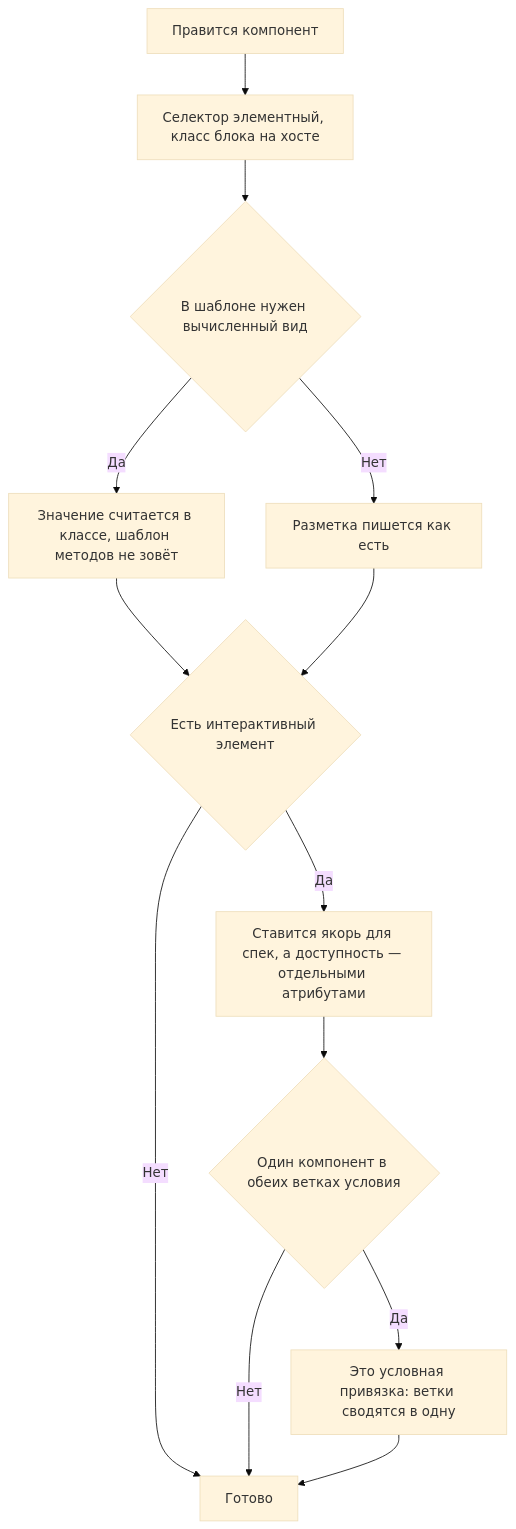
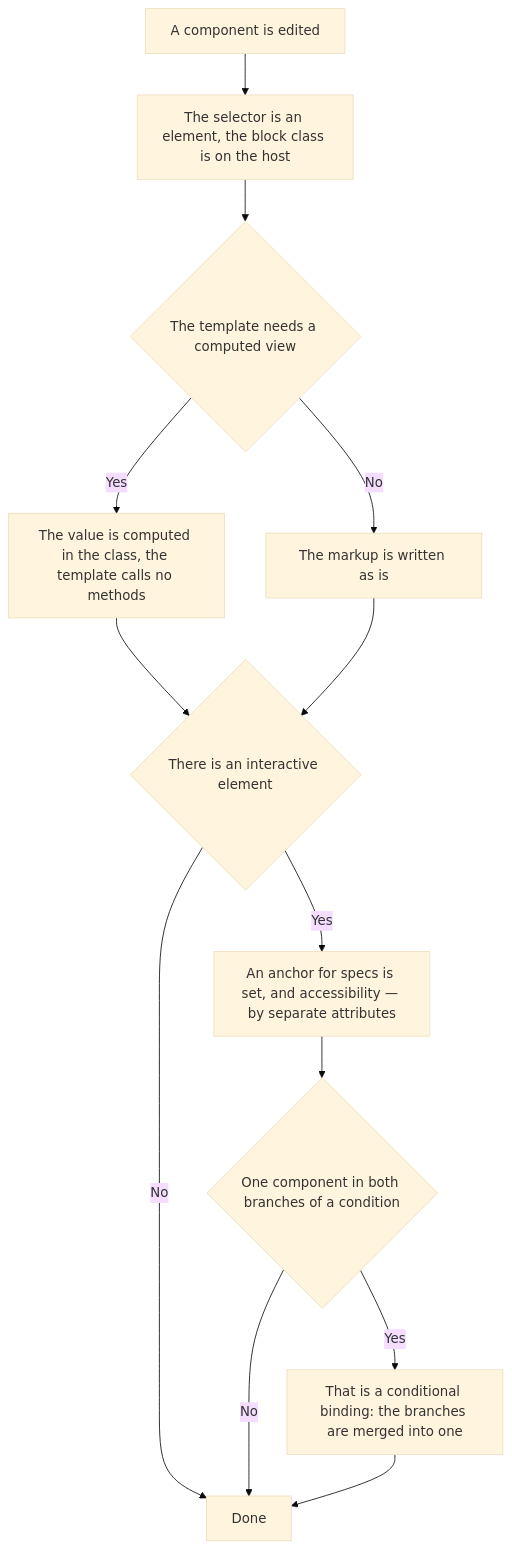
The diagram in .claude/skills/component-structure/SKILL.md (Eyhenij/rt-tools), drawn with Mermaid (base theme) before and after one commit. The commit also changed other lines of this file and 33 other files, not shown here.

````diff
--- a/.claude/skills/component-structure/SKILL.md
+++ b/.claude/skills/component-structure/SKILL.md
@@ -36,15 +36,15 @@
 ```mermaid
 flowchart TD
-    A[Правится компонент] --> B[Селектор элементный, класс блока на хосте]
-    B --> C{В шаблоне нужен вычисленный вид}
-    C -->|Да| D[Значение считается в классе, шаблон методов не зовёт]
-    C -->|Нет| E[Разметка пишется как есть]
-    D --> F{Есть интерактивный элемент}
+    A[A component is edited] --> B[The selector is an element, the block class is on the host]
+    B --> C{The template needs a computed view}
+    C -->|Yes| D[The value is computed in the class, the template calls no methods]
+    C -->|No| E[The markup is written as is]
+    D --> F{There is an interactive element}
     E --> F
-    F -->|Да| G[Ставится якорь для спек, а доступность — отдельными атрибутами]
-    F -->|Нет| H[Готово]
-    G --> I{Один компонент в обеих ветках условия}
-    I -->|Да| J[Это условная привязка: ветки сводятся в одну]
-    I -->|Нет| H
+    F -->|Yes| G[An anchor for specs is set, and accessibility — by separate attributes]
+    F -->|No| H[Done]
+    G --> I{One component in both branches of a condition}
+    I -->|Yes| J[That is a conditional binding: the branches are merged into one]
+    I -->|No| H
     J --> H
 ```
````
